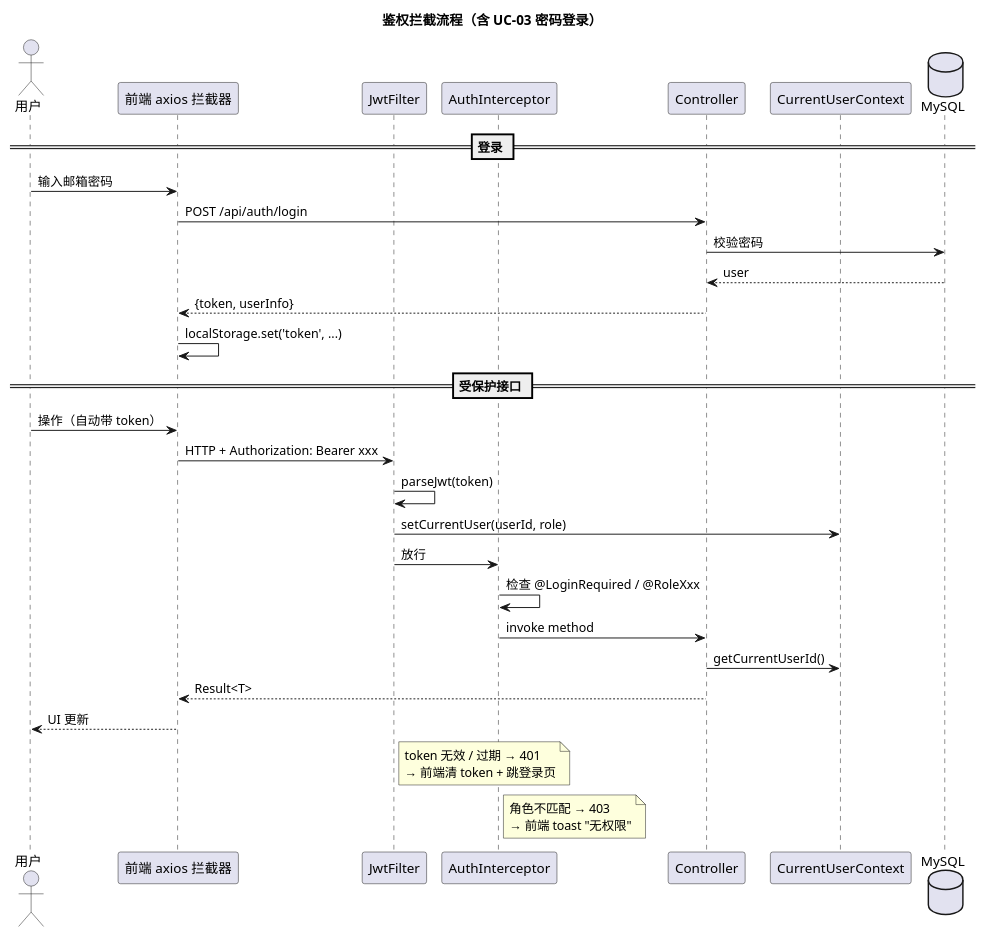
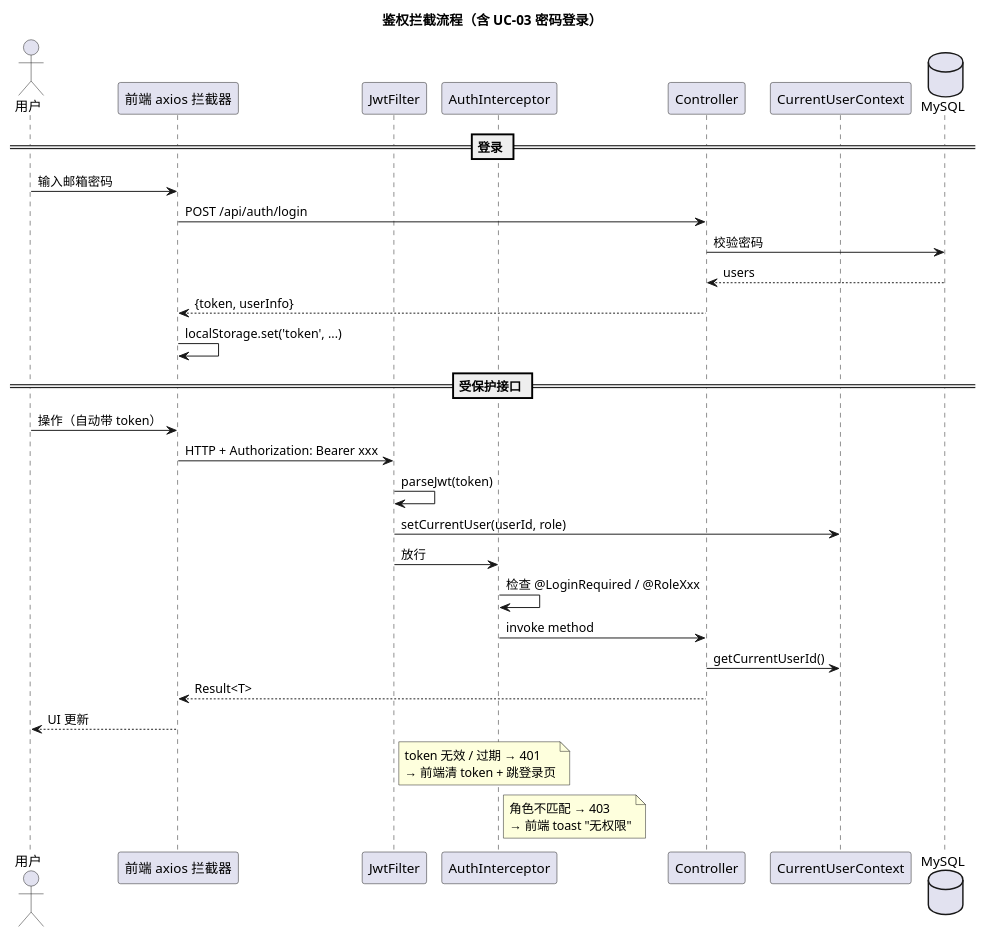
The first of 2 diagrams in docs/系统设计/详细设计/基础设施.md (wendy-zw-yang/recruitment_system), drawn with PlantUML before and after one commit. The commit also changed other lines of this file and 166 other files, not shown here.

````diff
--- a/docs/系统设计/详细设计/基础设施.md
+++ b/docs/系统设计/详细设计/基础设施.md
@@ -52,44 +52,44 @@
 ```plantuml
 @startuml
 title 鉴权拦截流程（含 UC-03 密码登录）
 
 actor 用户
 participant "前端 axios 拦截器" as FE
 participant "JwtFilter" as F1
 participant "AuthInterceptor" as F2
 participant "Controller" as Ctl
 participant "CurrentUserContext" as Ctx
 database "MySQL" as DB
 
 == 登录 ==
 用户 -> FE: 输入邮箱密码
 FE -> Ctl: POST /api/auth/login
 Ctl -> DB: 校验密码
-DB --> Ctl: user
+DB --> Ctl: users
 Ctl --> FE: {token, userInfo}
 FE -> FE: localStorage.set('token', ...)
 
 == 受保护接口 ==
 用户 -> FE: 操作（自动带 token）
 FE -> F1: HTTP + Authorization: Bearer xxx
 F1 -> F1: parseJwt(token)
 F1 -> Ctx: setCurrentUser(userId, role)
 F1 -> F2: 放行
 F2 -> F2: 检查 @LoginRequired / @RoleXxx
 F2 -> Ctl: invoke method
 Ctl -> Ctx: getCurrentUserId()
 Ctl --> FE: Result<T>
 FE --> 用户: UI 更新
 
 note right of F1
   token 无效 / 过期 → 401
   → 前端清 token + 跳登录页
 end note
 
 note right of F2
   角色不匹配 → 403
   → 前端 toast "无权限"
 end note
 
 @enduml
 ```
````
